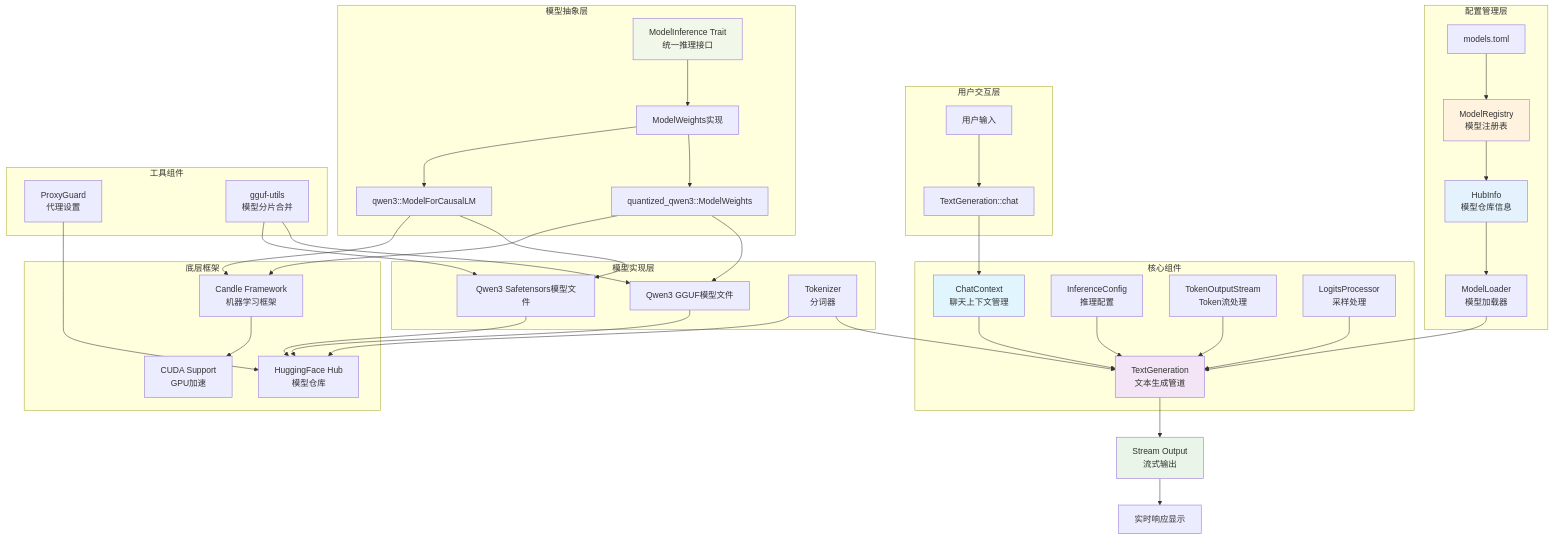
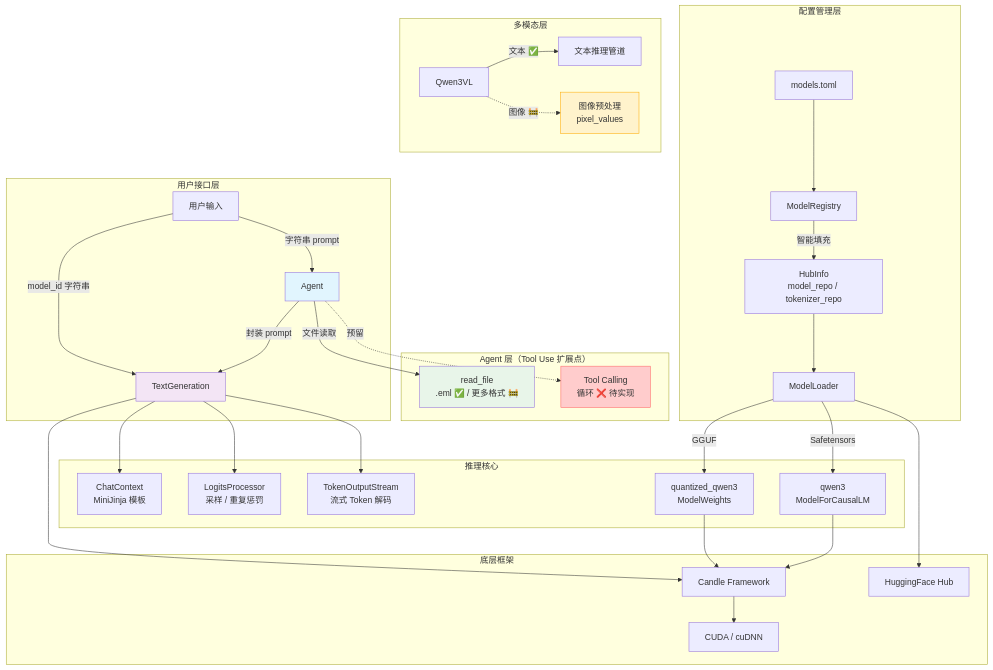
Before and after one commit to nosnakeob/candle-llm-chat: the diagram in README.md, drawn with Mermaid. The commit also changed other lines of this file, not shown here.

Commit message:
docs: 补 Agent 与 VL 架构说明

````diff
--- a/README.md
+++ b/README.md
@@ -195,62 +248,50 @@
 ```mermaid
 graph TB
-    subgraph "用户交互层"
-        A[用户输入] --> B[TextGeneration::chat]
+    subgraph "用户接口层"
+        U[用户输入] -->|字符串 prompt| A[Agent]
+        U -->|model_id 字符串| TG[TextGeneration]
+    end
+
+    subgraph "Agent 层（Tool Use 扩展点）"
+        A -->|文件读取| FR[read_file<br/>.eml ✅ / 更多格式 🚧]
+        A -->|封装 prompt| TG
+        A -.->|预留| TC[Tool Calling<br/>循环 ❌ 待实现]
     end
 
     subgraph "配置管理层"
-        MR[ModelRegistry<br/>模型注册表] --> HI[HubInfo<br/>模型仓库信息]
-        MT[models.toml] --> MR
-        HI --> ML[ModelLoader<br/>模型加载器]
+        MT[models.toml] --> MR[ModelRegistry]
+        MR -->|智能填充| HI[HubInfo<br/>model_repo / tokenizer_repo]
+        HI --> ML[ModelLoader]
     end
 
-    subgraph "核心组件"
-        C[ChatContext<br/>聊天上下文管理] --> TG[TextGeneration<br/>文本生成管道]
-        ML --> TG
-        IC[InferenceConfig<br/>推理配置] --> TG
-        F[TokenOutputStream<br/>Token流处理] --> TG
-        G[LogitsProcessor<br/>采样处理] --> TG
+    subgraph "推理核心"
+        TG --> CC[ChatContext<br/>MiniJinja 模板]
+        TG --> LP[LogitsProcessor<br/>采样 / 重复惩罚]
+        TG --> TOS[TokenOutputStream<br/>流式 Token 解码]
+        ML -->|GGUF| QW[quantized_qwen3<br/>ModelWeights]
+        ML -->|Safetensors| QF[qwen3<br/>ModelForCausalLM]
     end
 
-    subgraph "模型抽象层"
-        FW[ModelInference Trait<br/>统一推理接口] --> MW[ModelWeights实现]
-        MW --> MW1[quantized_qwen3::ModelWeights]
-        MW --> MW2[qwen3::ModelForCausalLM]
-    end
-
-    subgraph "模型实现层"
-        MW1 --> H1[Qwen3 GGUF模型文件]
-        MW2 --> H2[Qwen3 Safetensors模型文件]
-        I[Tokenizer<br/>分词器] --> TG
+    subgraph "多模态层"
+        VL[Qwen3VL] -->|文本 ✅| VLT[文本推理管道]
+        VL -.->|图像 🚧| VLI[图像预处理<br/>pixel_values]
     end
 
     subgraph "底层框架"
-        K[Candle Framework<br/>机器学习框架]
-        L[CUDA Support<br/>GPU加速]
-        M[HuggingFace Hub<br/>模型仓库]
+        K[Candle Framework]
+        CUDA[CUDA / cuDNN]
+        HF[HuggingFace Hub]
     end
 
-    subgraph "工具组件"
-        N[ProxyGuard<br/>代理设置] --> M
-        O[gguf-utils<br/>模型分片合并] --> H1
-        O --> H2
-    end
+    TG --> K
+    QW --> K
+    QF --> K
+    K --> CUDA
+    ML --> HF
 
-    B --> C
-    TG --> P[Stream Output<br/>流式输出]
-    P --> Q[实时响应显示]
-
-    H1 --> M
-    H2 --> M
-    I --> M
-    MW1 --> K
-    MW2 --> K
-    K --> L
-
-    style MR fill:#fff3e0
-    style HI fill:#e3f2fd
-    style FW fill:#f1f8e9
-    style C fill:#e1f5fe
+    style TC fill:#ffcccc,stroke:#ff6666
+    style VLI fill:#fff3cc,stroke:#ffaa00
+    style FR fill:#e8f5e9
     style TG fill:#f3e5f5
-    style P fill:#e8f5e8
+    style A fill:#e1f5fe
 ```
````
